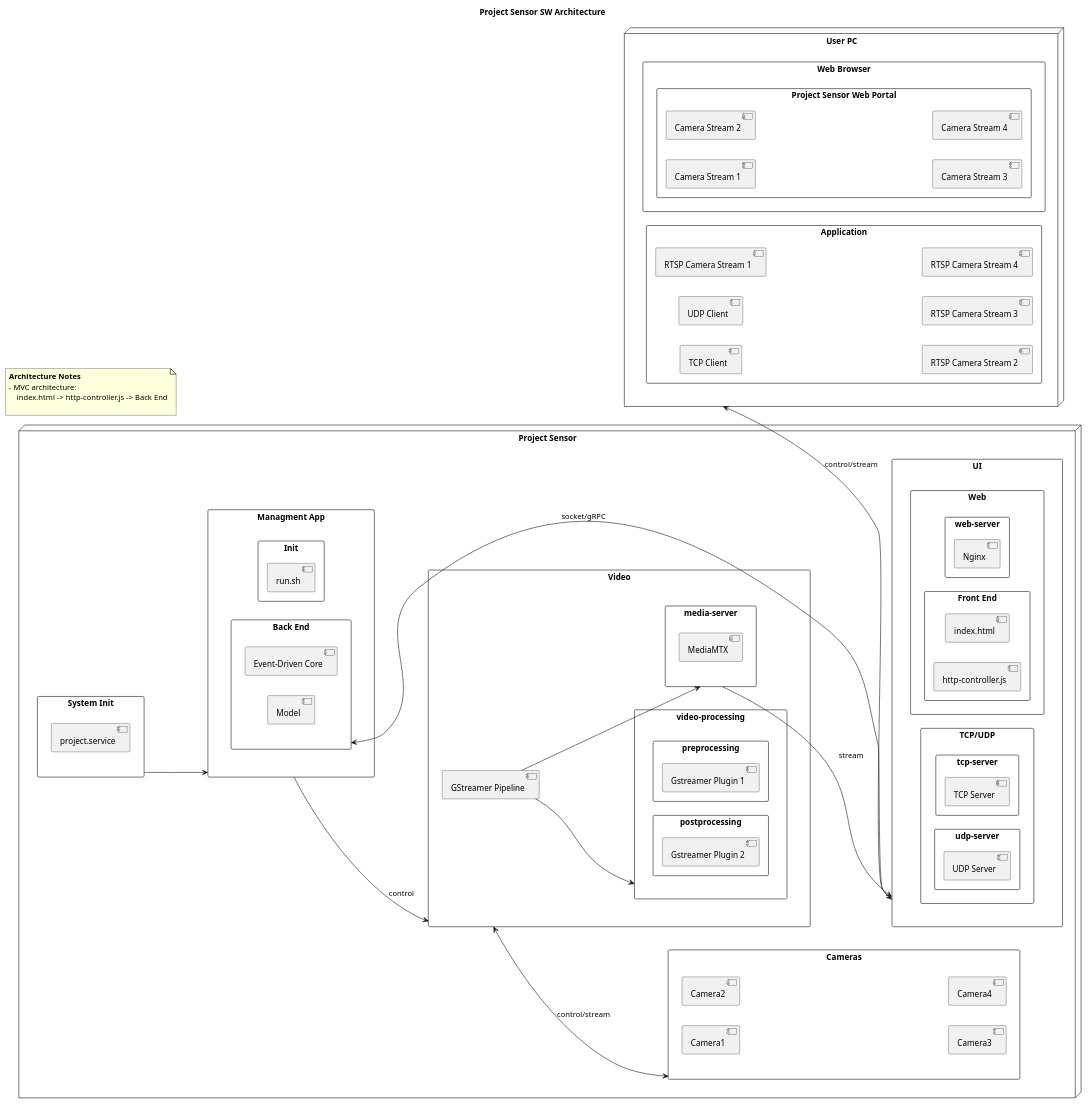
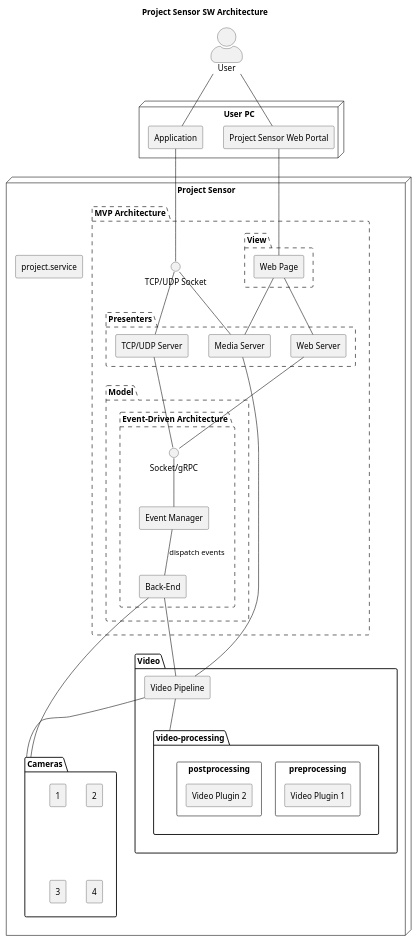
One commit to shalex88/project changed the diagram in docs/architecure.puml. Above: the diagram before and after it, drawn with PlantUML. The commit also changed 1 other file, not shown here.

Commit message:
Update SW architecture docs

```diff
--- a/docs/architecure.puml
+++ b/docs/architecure.puml
@@ -1,111 +1,85 @@
 @startuml project-sensor
 'https://plantuml.com/component-diagram
 
-left to right direction
+skinparam componentStyle rectangle
 
 title Project Sensor SW Architecture
 
+node "User PC" {
+    [Project Sensor Web Portal]
+    [Application]
+}
+
+skinparam actorStyle awesome
+actor User
+
+User -down- "Project Sensor Web Portal"
+User -down- "Application"
+
 node "Project Sensor" {
-    rectangle "System Init" {
-        [project.service]
-    }
-
-    rectangle "Managment App" {
-        rectangle "Init" {
-            [run.sh]
-        }
-
-        rectangle "Back End" {
-            [Event-Driven Core]
-            [Model]
-        }
-    }
-
-    rectangle "Cameras" {
-        [Camera1]
-        [Camera2]
-        [Camera3]
-        [Camera4]
-    }
-
-    rectangle "Video" {
-        [GStreamer Pipeline]
-
-        rectangle "video-processing" {
-            rectangle "preprocessing" {
-                [Gstreamer Plugin 1]
-            }
-
-            rectangle "postprocessing" {
-                [Gstreamer Plugin 2]
+    package "MVP Architecture" #line.dashed {
+        package "Model" #line.dashed {
+            package "Event-Driven Architecture" #line.dashed {
+                ()IntSocket as "Socket/gRPC"
+                [Event Manager] -up- IntSocket
+                [Back-End] -up- [Event Manager] : dispatch events
             }
         }
 
-        rectangle "media-server" {
-            [MediaMTX]
+        package "View" #line.dashed {
+            [Web Page]
         }
 
-        "GStreamer Pipeline" --> "media-server"
-        "GStreamer Pipeline" --> "video-processing"
+        ()ExtSocket as "TCP/UDP Socket"
+
+        package "Presenters" #line.dashed {
+            [Web Server]
+            [Media Server]
+            [TCP/UDP Server]
+        }
+
+        "Web Server" -down- IntSocket
+        "TCP/UDP Server" -down- IntSocket
+
+        "TCP/UDP Server" -up- ExtSocket
+        "Web Server" -up- "Web Page"
+        "Media Server" -up- "Web Page"
+        "Media Server" -up- ExtSocket
+    }
+
+    [project.service]
+
+    package "Cameras" {
+        [1]
+        [2]
+        [3]
+        [4]
+    }
+
+    package "Video" {
+        [Video Pipeline]
+
+        package "video-processing" {
+            component "preprocessing" {
+                [Video Plugin 1]
+            }
+
+            component "postprocessing" {
+                [Video Plugin 2]
+            }
+        }
+
+        "Video Pipeline" -- "video-processing"
 
     }
 
-    rectangle UI {
-        rectangle "Web" {
-            rectangle "web-server" {
-                [Nginx]
-            }
-
-            rectangle "Front End" {
-                [index.html]
-                [http-controller.js]
-            }
-        }
-
-        rectangle "TCP/UDP" {
-            rectangle "tcp-server" {
-                [TCP Server]
-            }
-            rectangle "udp-server" {
-                [UDP Server]
-            }
-        }
-    }
-
-    "System Init" --> "Managment App"
-    "Managment App" --> "Video" : control
-    "Video" <--> "Cameras" : control/stream
-    "media-server" --> "UI" : stream
-    "UI" --> "Back End" : socket/gRPC
+    "Video Pipeline" -down- "Cameras"
+    "Back-End" -down- "Cameras"
+    "Back-End" -down- "Video Pipeline"
+    "Media Server" -down- "Video Pipeline"
 }
 
-node "User PC" {
-    rectangle "Web Browser" {
-        rectangle "Project Sensor Web Portal" {
-            [Camera Stream 1]
-            [Camera Stream 2]
-            [Camera Stream 3]
-            [Camera Stream 4]
-        }
-    }
-
-    rectangle "Application" {
-        [TCP Client]
-        [UDP Client]
-        [RTSP Camera Stream 1]
-        [RTSP Camera Stream 2]
-        [RTSP Camera Stream 3]
-        [RTSP Camera Stream 4]
-    }
-}
-
-"User PC" <--> "UI" : control/stream
-
-note as Notes
-    **Architecture Notes**
-    - MVC architecture:
-        index.html -> http-controller.js -> Back End
-
-end note
+"Web Page" -up- "Project Sensor Web Portal"
+ExtSocket -up- "Application"
 
 @enduml
```
